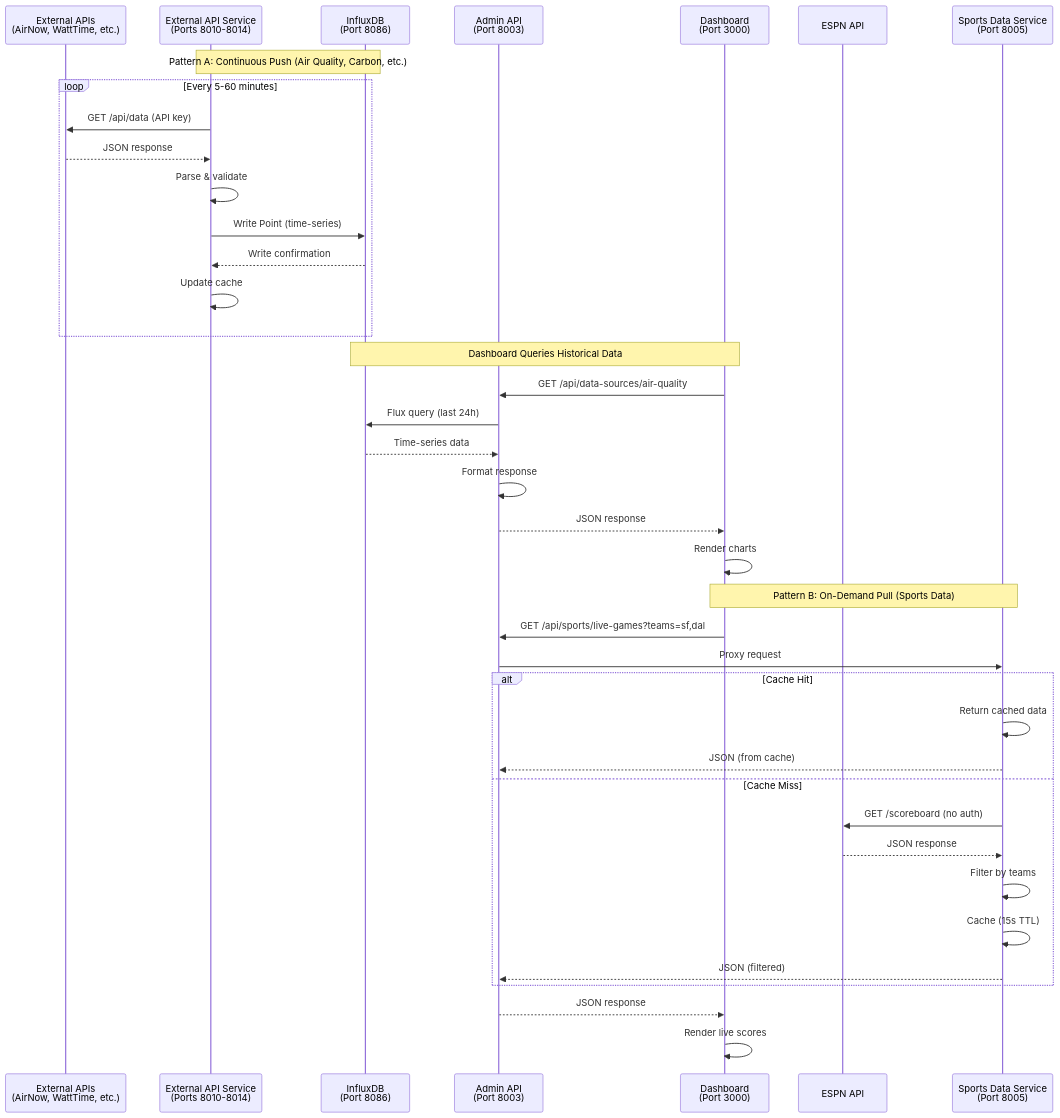
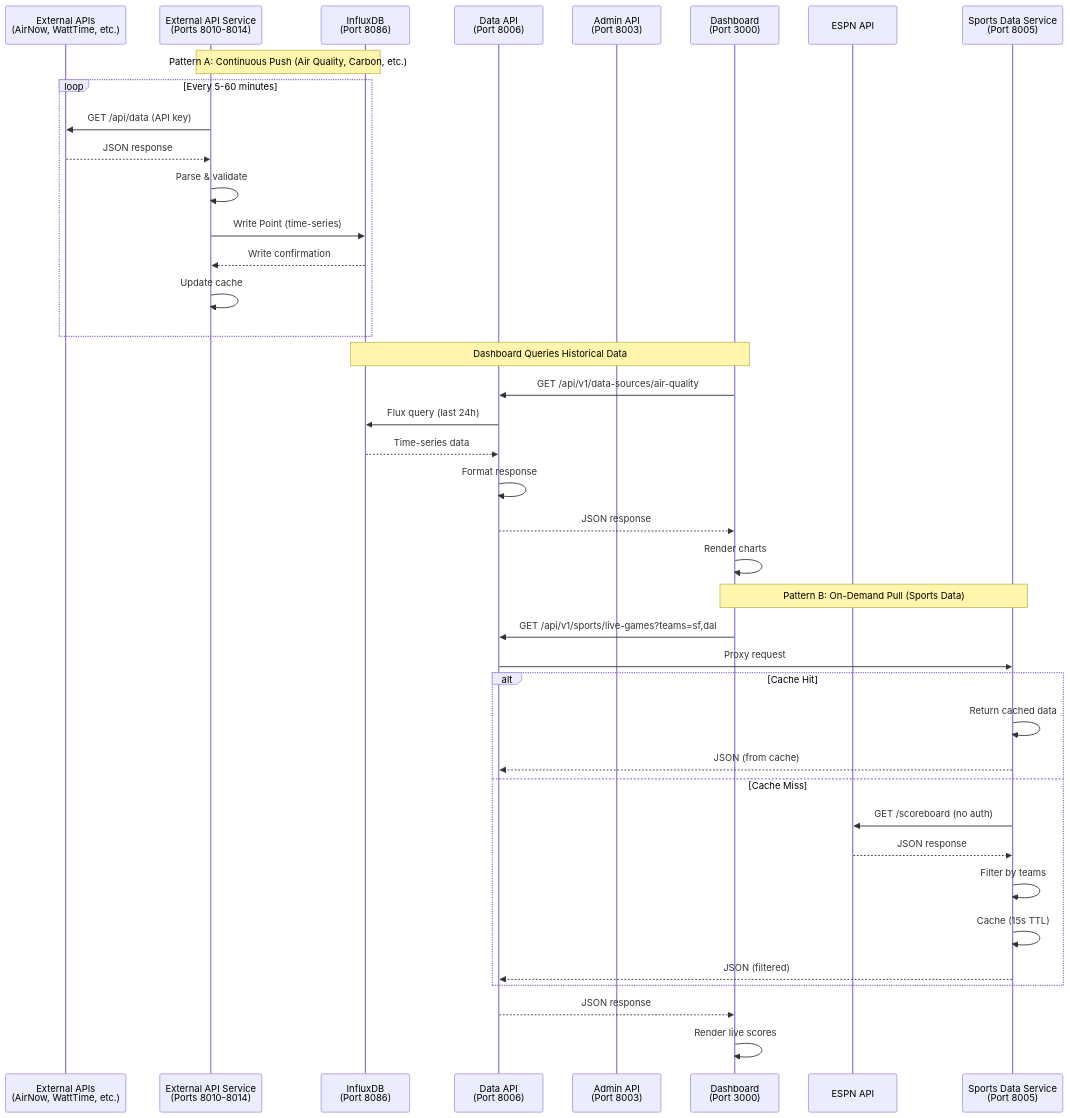
The diagram in implementation/analysis/EXTERNAL_API_CALL_TREES.md (wtthornton/ha-ingestor), drawn with Mermaid before and after one commit. The commit also changed other lines of this file, not shown here.

First line of the commit message:
docs: Update EXTERNAL_API_CALL_TREES.md to show data-api service integration

````diff
--- a/implementation/analysis/EXTERNAL_API_CALL_TREES.md
+++ b/implementation/analysis/EXTERNAL_API_CALL_TREES.md
@@ -149,49 +165,50 @@
 ```mermaid
 sequenceDiagram
     participant ExtAPI as External APIs<br/>(AirNow, WattTime, etc.)
     participant Service as External API Service<br/>(Ports 8010-8014)
     participant DB as InfluxDB<br/>(Port 8086)
+    participant DataAPI as Data API<br/>(Port 8006)
     participant AdminAPI as Admin API<br/>(Port 8003)
     participant UI as Dashboard<br/>(Port 3000)
     participant SportsAPI as ESPN API
     participant SportsService as Sports Data Service<br/>(Port 8005)
     
     Note over Service,DB: Pattern A: Continuous Push (Air Quality, Carbon, etc.)
     
     loop Every 5-60 minutes
         Service->>ExtAPI: GET /api/data (API key)
         ExtAPI-->>Service: JSON response
         Service->>Service: Parse & validate
         Service->>DB: Write Point (time-series)
         DB-->>Service: Write confirmation
         Service->>Service: Update cache
     end
     
     Note over UI,DB: Dashboard Queries Historical Data
     
-    UI->>AdminAPI: GET /api/data-sources/air-quality
-    AdminAPI->>DB: Flux query (last 24h)
-    DB-->>AdminAPI: Time-series data
-    AdminAPI->>AdminAPI: Format response
-    AdminAPI-->>UI: JSON response
+    UI->>DataAPI: GET /api/v1/data-sources/air-quality
+    DataAPI->>DB: Flux query (last 24h)
+    DB-->>DataAPI: Time-series data
+    DataAPI->>DataAPI: Format response
+    DataAPI-->>UI: JSON response
     UI->>UI: Render charts
     
     Note over UI,SportsService: Pattern B: On-Demand Pull (Sports Data)
     
-    UI->>AdminAPI: GET /api/sports/live-games?teams=sf,dal
-    AdminAPI->>SportsService: Proxy request
+    UI->>DataAPI: GET /api/v1/sports/live-games?teams=sf,dal
+    DataAPI->>SportsService: Proxy request
     
     alt Cache Hit
         SportsService->>SportsService: Return cached data
-        SportsService-->>AdminAPI: JSON (from cache)
+        SportsService-->>DataAPI: JSON (from cache)
     else Cache Miss
         SportsService->>SportsAPI: GET /scoreboard (no auth)
         SportsAPI-->>SportsService: JSON response
         SportsService->>SportsService: Filter by teams
         SportsService->>SportsService: Cache (15s TTL)
-        SportsService-->>AdminAPI: JSON (filtered)
+        SportsService-->>DataAPI: JSON (filtered)
     end
     
-    AdminAPI-->>UI: JSON response
+    DataAPI-->>UI: JSON response
     UI->>UI: Render live scores
 ```
````
